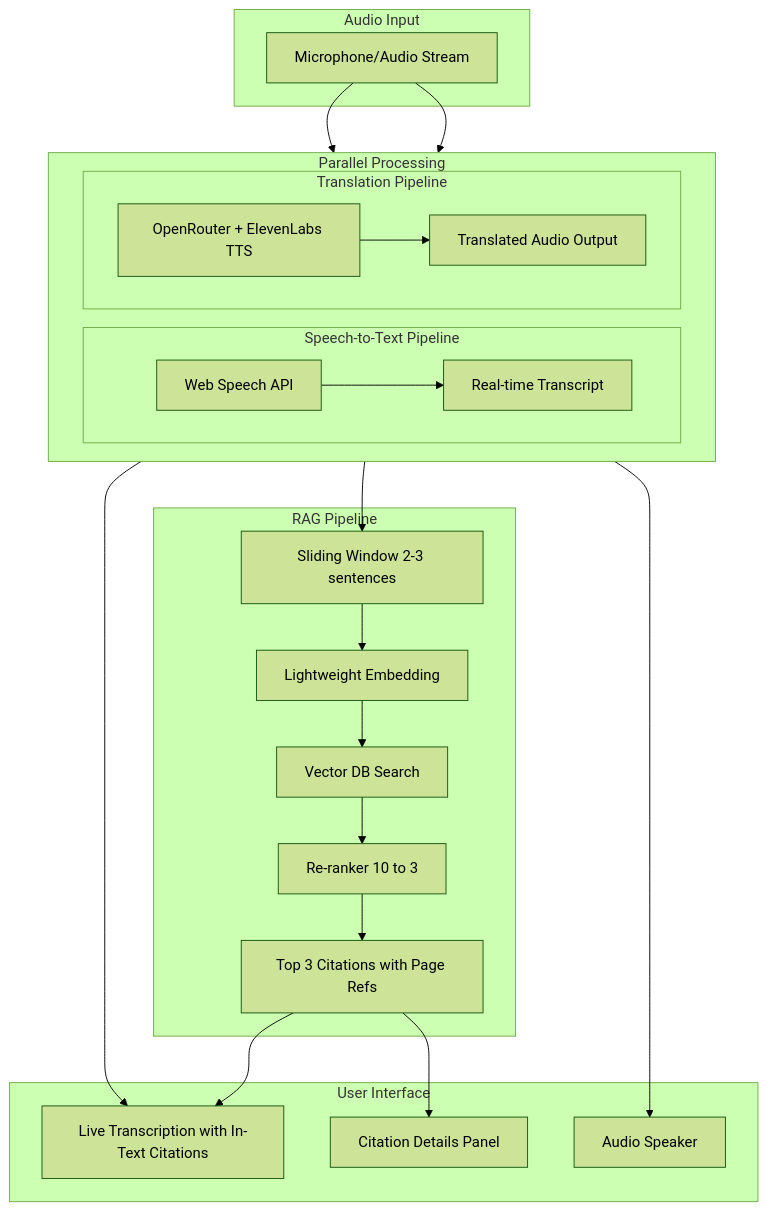
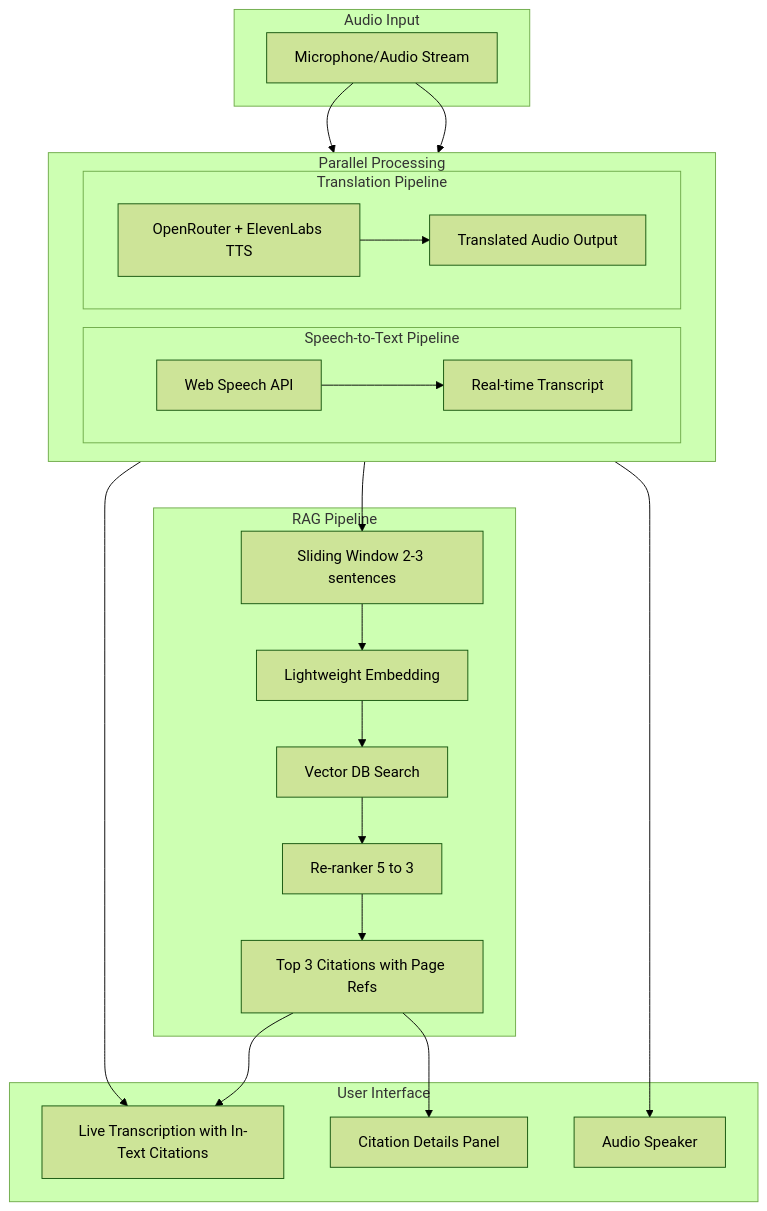
The first of 4 diagrams in docs/PRD.md (AbeerDas/Rosetta-HackHive), drawn with Mermaid (forest theme) before and after one commit. The commit also changed other lines of this file and 2 other files, not shown here.

````diff
--- a/docs/PRD.md
+++ b/docs/PRD.md
@@ -163,48 +163,48 @@
 ```mermaid
 flowchart TB
     subgraph input [Audio Input]
         MIC[Microphone/Audio Stream]
     end
 
     subgraph parallel [Parallel Processing]
         direction LR
         subgraph stt [Speech-to-Text Pipeline]
             GWSAPI[Web Speech API]
             TRANSCRIPT[Real-time Transcript]
             GWSAPI --> TRANSCRIPT
         end
 
         subgraph translation [Translation Pipeline]
             ELEVEN[OpenRouter + ElevenLabs TTS]
             AUDIO_OUT[Translated Audio Output]
             ELEVEN --> AUDIO_OUT
         end
     end
 
     subgraph rag [RAG Pipeline]
         WINDOW[Sliding Window 2-3 sentences]
         EMBED[Lightweight Embedding]
         SEARCH[Vector DB Search]
-        RERANK[Re-ranker 10 to 3]
+        RERANK[Re-ranker 5 to 3]
         CITATIONS[Top 3 Citations with Page Refs]
 
         WINDOW --> EMBED
         EMBED --> SEARCH
         SEARCH --> RERANK
         RERANK --> CITATIONS
     end
 
     subgraph output [User Interface]
         TRANSCRIPTION[Live Transcription with In-Text Citations]
         SPEAKER[Audio Speaker]
         SIDEBAR[Citation Details Panel]
     end
 
     MIC --> GWSAPI
     MIC --> ELEVEN
     TRANSCRIPT --> TRANSCRIPTION
     TRANSCRIPT --> WINDOW
     AUDIO_OUT --> SPEAKER
     CITATIONS --> TRANSCRIPTION
     CITATIONS --> SIDEBAR
 ```
````
